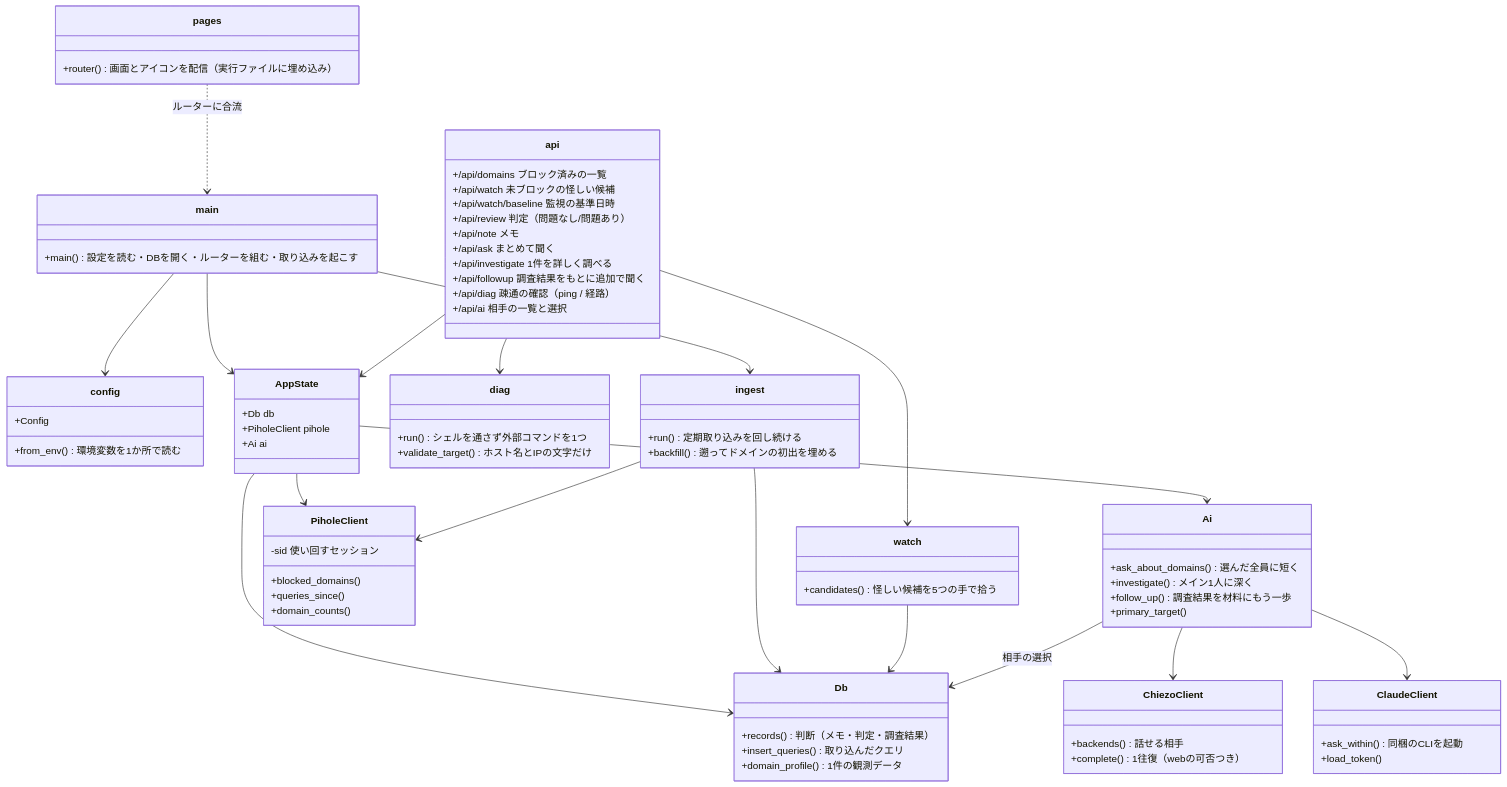
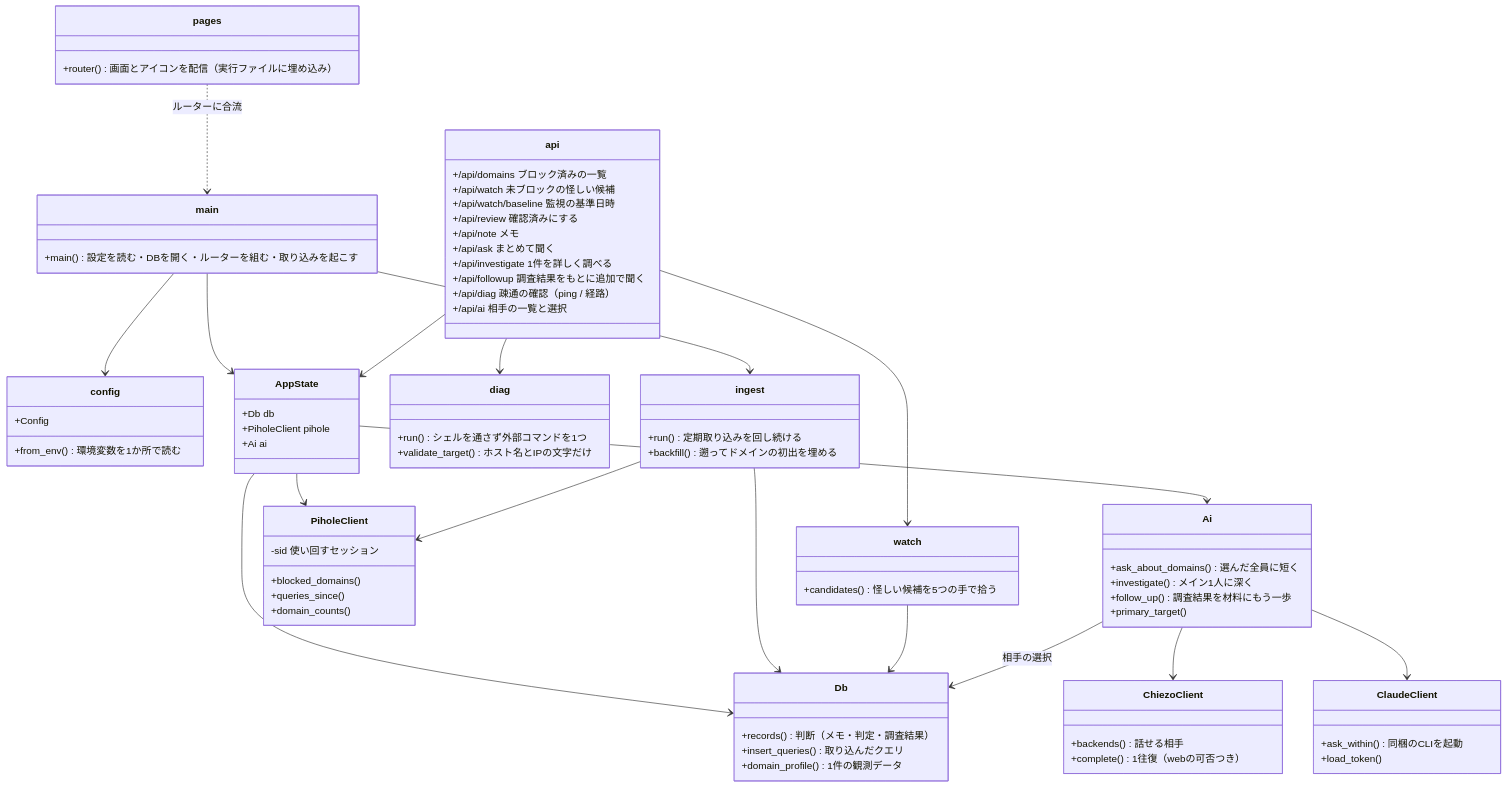
The first of 6 diagrams in docs/architecture.md (rtcode337/pihole-monitor), drawn with Mermaid before and after one commit. The commit also changed other lines of this file and 21 other files, not shown here.

```diff
--- a/docs/architecture.md
+++ b/docs/architecture.md
@@ -26,7 +26,7 @@
         +/api/domains ブロック済みの一覧
         +/api/watch 未ブロックの怪しい候補
         +/api/watch/baseline 監視の基準日時
-        +/api/review 判定（問題なし/問題あり）
+        +/api/review 確認済みにする
         +/api/note メモ
         +/api/ask まとめて聞く
         +/api/investigate 1件を詳しく調べる
```
